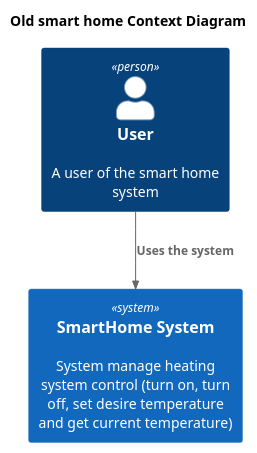
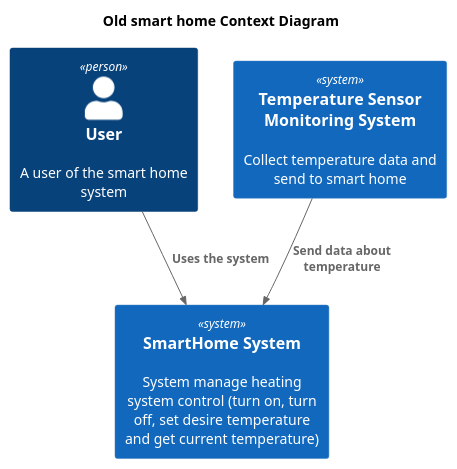
One commit to DrunkWizard/YP-architecture-sprint-3 changed the first of 9 diagrams in Project_template.md. Above: the diagram before and after it, drawn with PlantUML. The commit also changed other lines of this file, not shown here.

````diff
--- a/Project_template.md
+++ b/Project_template.md
@@ -46,16 +46,19 @@
 ```plantuml
 @startuml
 title Old smart home Context Diagram
 
 top to bottom direction
 
 !includeurl https://raw.githubusercontent.com/RicardoNiepel/C4-PlantUML/master/C4_Component.puml
 
 Person(user, "User", "A user of the smart home system")
 
 System(SmartHomeSystem, "SmartHome System", "System manage heating system control (turn on, turn off, set desire temperature and get current temperature)")
 
+System(TemperatureSensorMonitoring, "Temperature Sensor Monitoring System", "Collect temperature data and send to smart home")
+
 Rel(user, SmartHomeSystem, "Uses the system")
+Rel(TemperatureSensorMonitoring, SmartHomeSystem, "Send data about temperature")
 
 @enduml
 ```
````
